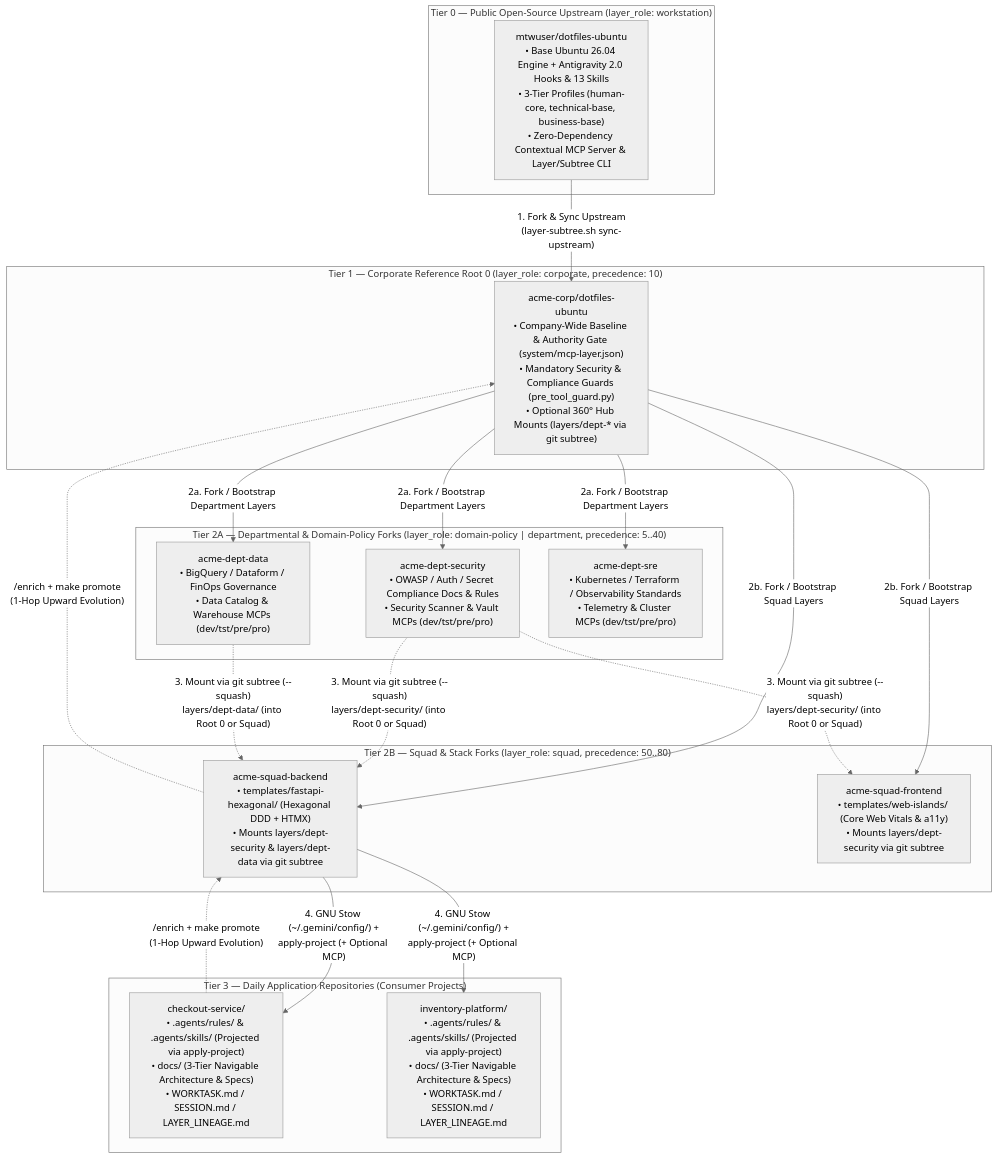
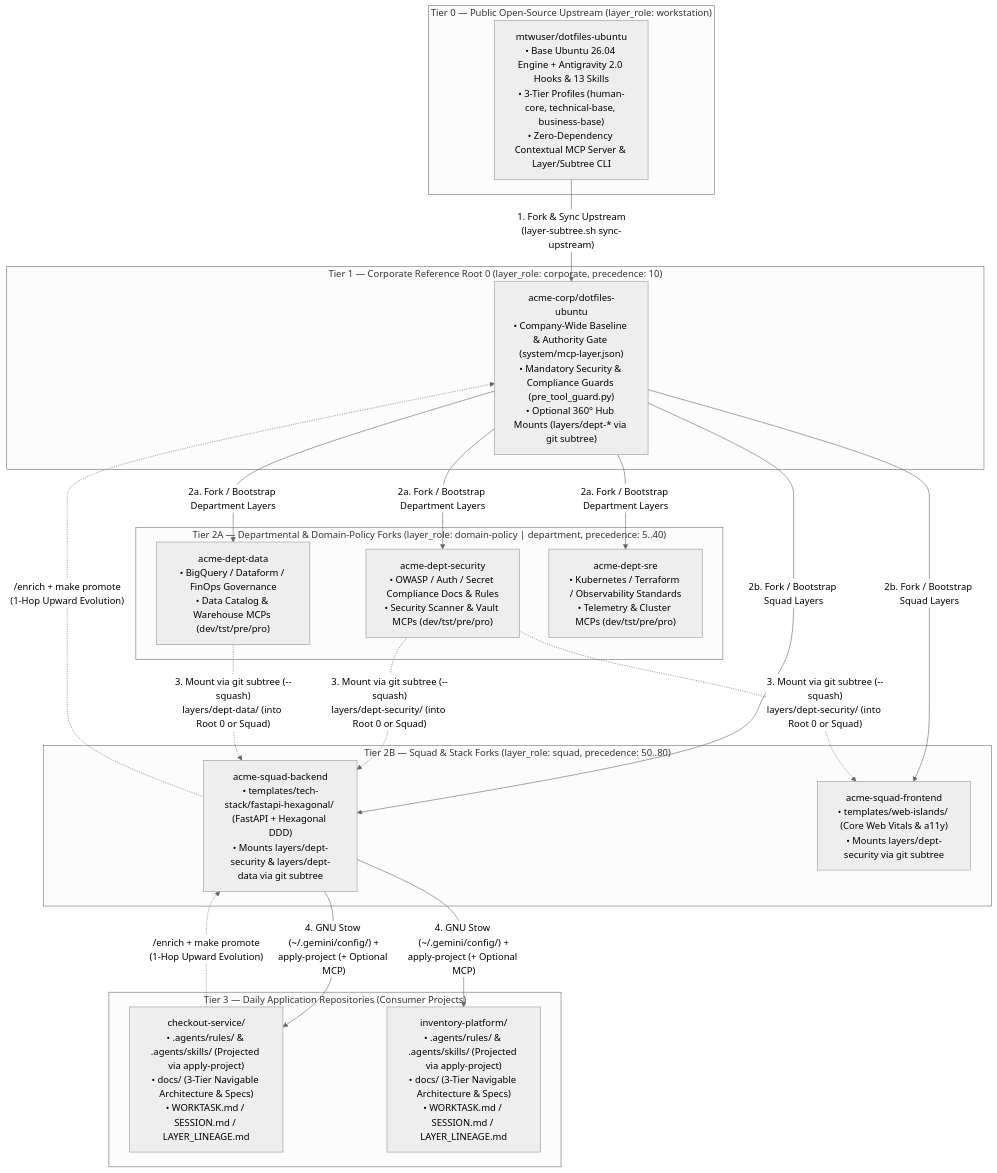
The first of 3 diagrams in docs/reference/enterprise_pair_programming_governance.md (mtwuser/dotfiles-ubuntu), drawn with Mermaid (neutral theme) before and after one commit. The commit also changed other lines of this file and 8 other files, not shown here.

````diff
--- a/docs/reference/enterprise_pair_programming_governance.md
+++ b/docs/reference/enterprise_pair_programming_governance.md
@@ -27,43 +27,43 @@
 ```mermaid
 flowchart TD
     subgraph OSS["Tier 0 — Public Open-Source Upstream (layer_role: workstation)"]
         PUB["mtwuser/dotfiles-ubuntu\n• Base Ubuntu 26.04 Engine + Antigravity 2.0 Hooks & 13 Skills\n• 3-Tier Profiles (human-core, technical-base, business-base)\n• Zero-Dependency Contextual MCP Server & Layer/Subtree CLI"]
     end
 
     subgraph Org["Tier 1 — Corporate Reference Root 0 (layer_role: corporate, precedence: 10)"]
         CORP["acme-corp/dotfiles-ubuntu\n• Company-Wide Baseline & Authority Gate (system/mcp-layer.json)\n• Mandatory Security & Compliance Guards (pre_tool_guard.py)\n• Optional 360° Hub Mounts (layers/dept-* via git subtree)"]
     end
 
     subgraph Depts["Tier 2A — Departmental & Domain-Policy Forks (layer_role: domain-policy | department, precedence: 5..40)"]
         DEPT_SEC["acme-dept-security\n• OWASP / Auth / Secret Compliance Docs & Rules\n• Security Scanner & Vault MCPs (dev/tst/pre/pro)"]
         DEPT_DATA["acme-dept-data\n• BigQuery / Dataform / FinOps Governance\n• Data Catalog & Warehouse MCPs (dev/tst/pre/pro)"]
         DEPT_SRE["acme-dept-sre\n• Kubernetes / Terraform / Observability Standards\n• Telemetry & Cluster MCPs (dev/tst/pre/pro)"]
     end
 
     subgraph Squads["Tier 2B — Squad & Stack Forks (layer_role: squad, precedence: 50..80)"]
-        SQUAD_BE["acme-squad-backend\n• templates/fastapi-hexagonal/ (Hexagonal DDD + HTMX)\n• Mounts layers/dept-security & layers/dept-data via git subtree"]
+        SQUAD_BE["acme-squad-backend\n• templates/tech-stack/fastapi-hexagonal/ (FastAPI + Hexagonal DDD)\n• Mounts layers/dept-security & layers/dept-data via git subtree"]
         SQUAD_FE["acme-squad-frontend\n• templates/web-islands/ (Core Web Vitals & a11y)\n• Mounts layers/dept-security via git subtree"]
     end
 
     subgraph Apps["Tier 3 — Daily Application Repositories (Consumer Projects)"]
         PROJ_A["checkout-service/\n• .agents/rules/ & .agents/skills/ (Projected via apply-project)\n• docs/ (3-Tier Navigable Architecture & Specs)\n• WORKTASK.md / SESSION.md / LAYER_LINEAGE.md"]
         PROJ_B["inventory-platform/\n• .agents/rules/ & .agents/skills/ (Projected via apply-project)\n• docs/ (3-Tier Navigable Architecture & Specs)\n• WORKTASK.md / SESSION.md / LAYER_LINEAGE.md"]
     end
 
     PUB -->|"1. Fork & Sync Upstream\n(layer-subtree.sh sync-upstream)"| CORP
     CORP -->|"2a. Fork / Bootstrap Department Layers"| DEPT_SEC
     CORP -->|"2a. Fork / Bootstrap Department Layers"| DEPT_DATA
     CORP -->|"2a. Fork / Bootstrap Department Layers"| DEPT_SRE
     CORP -->|"2b. Fork / Bootstrap Squad Layers"| SQUAD_BE
     CORP -->|"2b. Fork / Bootstrap Squad Layers"| SQUAD_FE
 
     DEPT_SEC -.->|"3. Mount via git subtree (--squash)\nlayers/dept-security/ (into Root 0 or Squad)"| SQUAD_BE
     DEPT_DATA -.->|"3. Mount via git subtree (--squash)\nlayers/dept-data/ (into Root 0 or Squad)"| SQUAD_BE
     DEPT_SEC -.->|"3. Mount via git subtree (--squash)\nlayers/dept-security/ (into Root 0 or Squad)"| SQUAD_FE
 
     SQUAD_BE -->|"4. GNU Stow (~/.gemini/config/) +\napply-project (+ Optional MCP)"| PROJ_A
     SQUAD_BE -->|"4. GNU Stow (~/.gemini/config/) +\napply-project (+ Optional MCP)"| PROJ_B
 
     PROJ_A -.->|"/enrich + make promote\n(1-Hop Upward Evolution)"| SQUAD_BE
     SQUAD_BE -.->|"/enrich + make promote\n(1-Hop Upward Evolution)"| CORP
 ```
````
